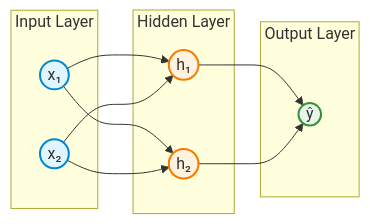
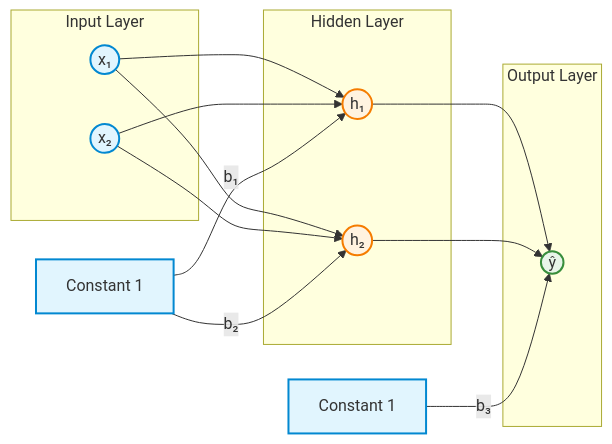
The first of 3 diagrams in material/theory2.md (AI-Learning-Repo/Neural-Networks), drawn with Mermaid before and after one commit. The commit also changed other lines of this file and 3 other files, not shown here.

````diff
--- a/material/theory2.md
+++ b/material/theory2.md
@@ -43,27 +58,35 @@
 ```mermaid
 graph LR
     classDef input fill:#e1f5fe,stroke:#0288d1,stroke-width:2px;
     classDef hidden fill:#fff3e0,stroke:#f57c00,stroke-width:2px;
     classDef output fill:#e8f5e9,stroke:#388e3c,stroke-width:2px;
 
     subgraph Input_Layer["Input Layer"]
         x1(("x₁")):::input
         x2(("x₂")):::input
     end
 
     subgraph Hidden_Layer["Hidden Layer"]
         h1(("h₁")):::hidden
         h2(("h₂")):::hidden
     end
 
     subgraph Output_Layer["Output Layer"]
         out(("ŷ")):::output
     end
 
+    bh["Constant 1"]:::input
+    bo["Constant 1"]:::input
+
     x1 --> h1
     x1 --> h2
     x2 --> h1
     x2 --> h2
+
+    bh -->|"b₁"| h1
+    bh -->|"b₂"| h2
+
     h1 --> out
     h2 --> out
+    bo -->|"b₃"| out
 ```
````
